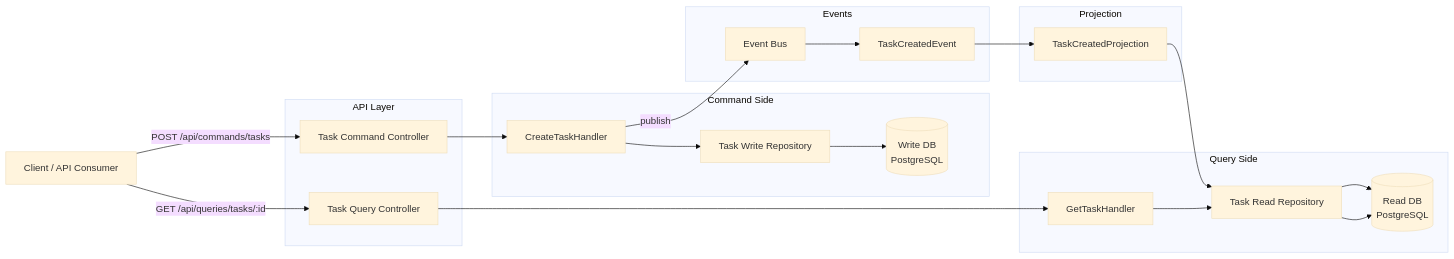
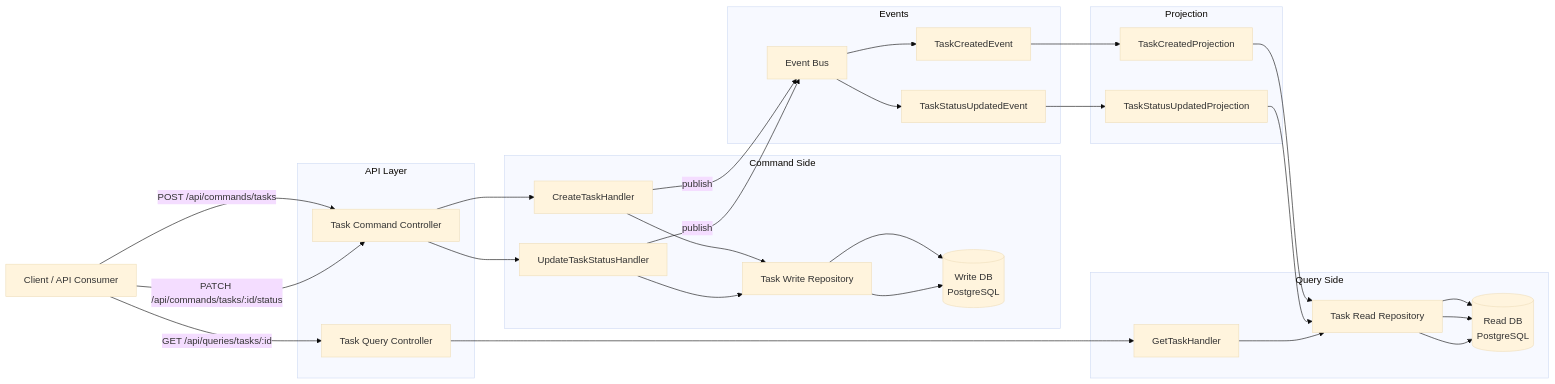
Before and after one commit to dilumdarshana/architecture-concepts: the fourth of 4 diagrams in cqrs/express/README.md, drawn with Mermaid (base theme). The commit also changed other lines of this file and 3 other files, not shown here.

Commit message:
chore: update npm dependencies to latest and improve README with setup guide, schema, and project structure

````diff
--- a/cqrs/express/README.md
+++ b/cqrs/express/README.md
@@ -71,47 +247,61 @@
 ```mermaid
   flowchart LR
     Client[Client / API Consumer]
 
     subgraph API Layer
         CC[Task Command Controller]
         QC[Task Query Controller]
     end
 
     subgraph Command Side
         CH[CreateTaskHandler]
+        UH[UpdateTaskStatusHandler]
         WR[Task Write Repository]
         WDB[(Write DB\nPostgreSQL)]
     end
 
     subgraph Events
         EB[Event Bus]
         EVT[TaskCreatedEvent]
+        EVT2[TaskStatusUpdatedEvent]
     end
 
     subgraph Projection
         PRJ[TaskCreatedProjection]
+        PRJ2[TaskStatusUpdatedProjection]
     end
 
     subgraph Query Side
         QRH[GetTaskHandler]
         RR[Task Read Repository]
         RDB[(Read DB\nPostgreSQL)]
     end
 
-    %% Command flow
+    %% Create command flow
     Client -->|POST /api/commands/tasks| CC
     CC --> CH
     CH --> WR
     WR --> WDB
     CH -->|publish| EB
     EB --> EVT
     EVT --> PRJ
     PRJ --> RR
     RR --> RDB
 
+    %% Update status command flow
+    Client -->|PATCH /api/commands/tasks/:id/status| CC
+    CC --> UH
+    UH --> WR
+    WR --> WDB
+    UH -->|publish| EB
+    EB --> EVT2
+    EVT2 --> PRJ2
+    PRJ2 --> RR
+    RR --> RDB
+
     %% Query flow
     Client -->|GET /api/queries/tasks/:id| QC
     QC --> QRH
     QRH --> RR
     RR --> RDB
-  ```
+```
````
